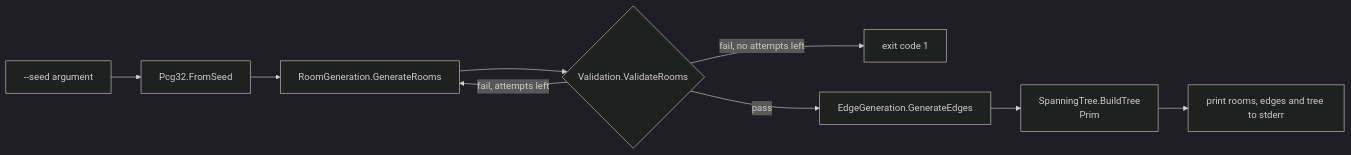
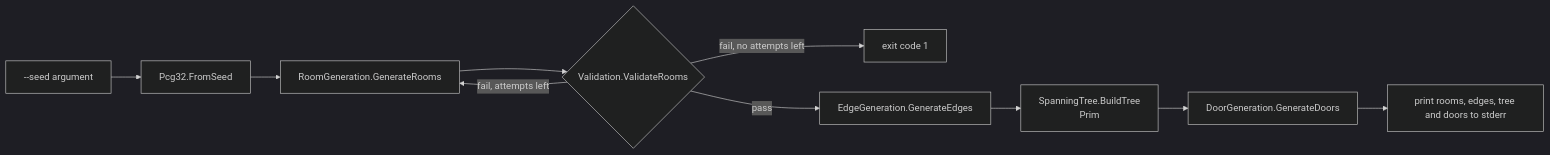
Before and after one commit to verdoxOP/procgen-dungeon: the first of 2 diagrams in Algorithms/csharp/procgen-csharp/docs/architecture.md, drawn with Mermaid (dark theme). The commit also changed other lines of this file and 10 other files, not shown here.

First line of the commit message:
Add door generation to C# port

````diff
--- a/Algorithms/csharp/procgen-csharp/docs/architecture.md
+++ b/Algorithms/csharp/procgen-csharp/docs/architecture.md
@@ -38,11 +38,12 @@
 ```mermaid
 flowchart LR
     seed[--seed argument] --> rng[Pcg32.FromSeed]
     rng --> gen[RoomGeneration.GenerateRooms]
     gen --> val{Validation.ValidateRooms}
     val -- fail, attempts left --> gen
     val -- fail, no attempts left --> exit1[exit code 1]
     val -- pass --> edges[EdgeGeneration.GenerateEdges]
     edges --> prim[SpanningTree.BuildTree<br/>Prim]
-    prim --> print[print rooms, edges and tree to stderr]
+    prim --> doors[DoorGeneration.GenerateDoors]
+    doors --> print[print rooms, edges, tree and doors to stderr]
 ```
````
